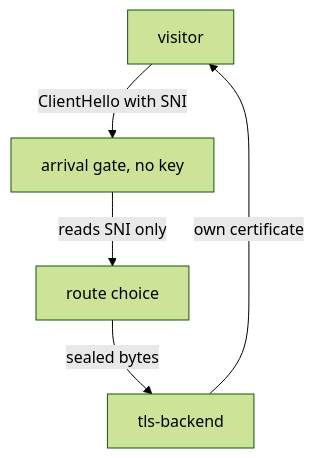
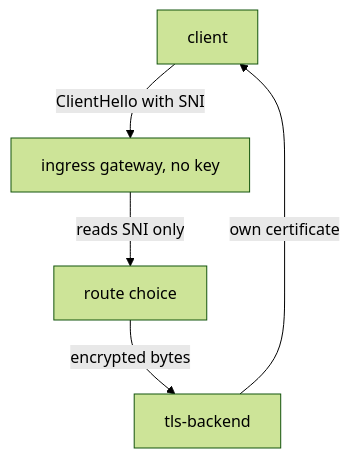
One commit to astrona-io/ATS015 changed the diagram in sections/section-040/module-03/course-01-what-a-proxy-can-see.md. Above: the diagram before and after it, drawn with Mermaid (forest theme). The commit also changed other lines of this file and 28 other files, not shown here.

````diff
--- a/sections/section-040/module-03/course-01-what-a-proxy-can-see.md
+++ b/sections/section-040/module-03/course-01-what-a-proxy-can-see.md
@@ -28,7 +28,7 @@
 ```mermaid
 flowchart TB
-    C["visitor"] -->|"ClientHello with SNI"| G["arrival gate, no key"]
+    C["client"] -->|"ClientHello with SNI"| G["ingress gateway, no key"]
     G -->|"reads SNI only"| D["route choice"]
-    D -->|"sealed bytes"| V["tls-backend"]
+    D -->|"encrypted bytes"| V["tls-backend"]
     V -->|"own certificate"| C
 ```
````
